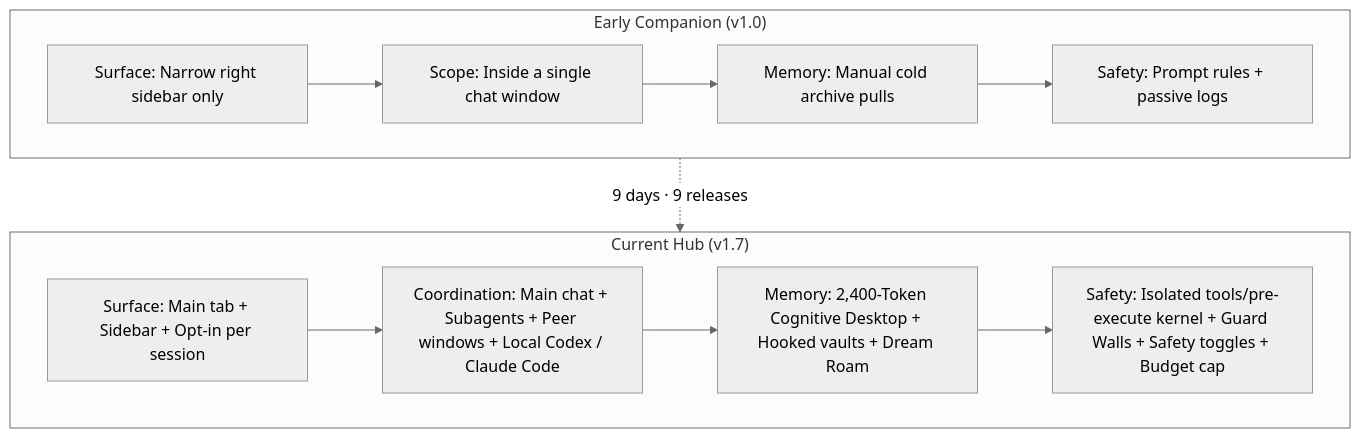
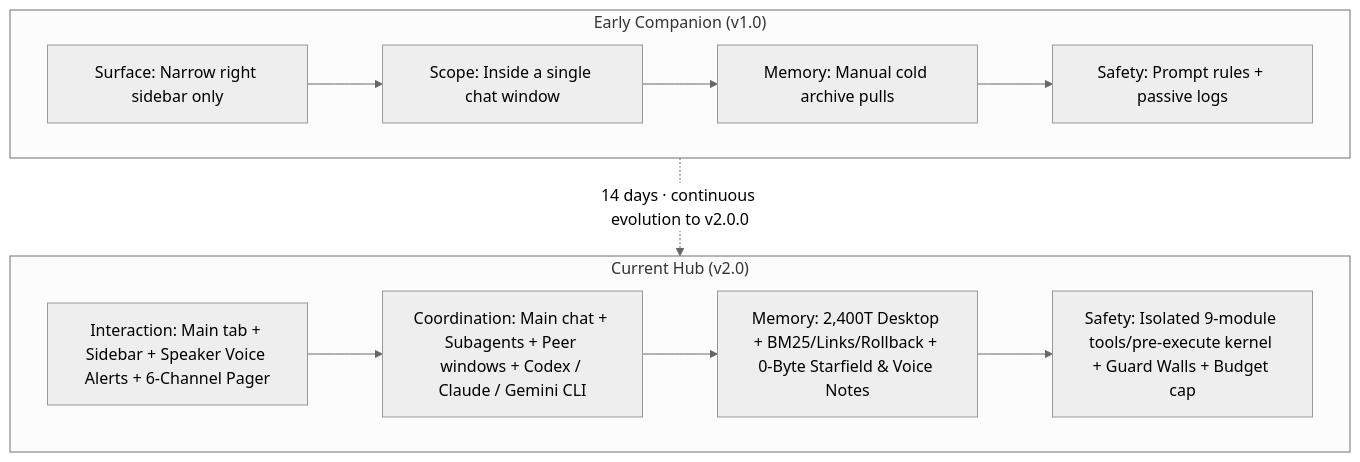
The second of 2 diagrams in EVOLUTION.en.md (gluztm/dsh-chief), drawn with Mermaid (neutral theme) before and after one commit. The commit also changed other lines of this file and 4 other files, not shown here.

Commit message:
docs: refresh README, evolution & architecture for v2.0.0

````diff
--- a/EVOLUTION.en.md
+++ b/EVOLUTION.en.md
@@ -155,20 +191,20 @@
 ```mermaid
 flowchart TB
   subgraph Early["Early Companion (v1.0)"]
     E1["Surface: Narrow right sidebar only"]
     E2["Scope: Inside a single chat window"]
     E3["Memory: Manual cold archive pulls"]
     E4["Safety: Prompt rules + passive logs"]
     E1 --> E2 --> E3 --> E4
   end
 
-  subgraph Current["Current Hub (v1.7)"]
-    C1["Surface: Main tab + Sidebar + Opt-in per session"]
-    C2["Coordination: Main chat + Subagents + Peer windows + Local Codex / Claude Code"]
-    C3["Memory: 2,400-Token Cognitive Desktop + Hooked vaults + Dream Roam"]
-    C4["Safety: Isolated tools/pre-execute kernel + Guard Walls + Safety toggles + Budget cap"]
+  subgraph Current["Current Hub (v2.0)"]
+    C1["Interaction: Main tab + Sidebar + Speaker Voice Alerts + 6-Channel Pager"]
+    C2["Coordination: Main chat + Subagents + Peer windows + Codex / Claude / Gemini CLI"]
+    C3["Memory: 2,400T Desktop + BM25/Links/Rollback + 0-Byte Starfield & Voice Notes"]
+    C4["Safety: Isolated 9-module tools/pre-execute kernel + Guard Walls + Budget cap"]
     C1 --> C2 --> C3 --> C4
   end
 
-  Early -.->|"9 days · 9 releases"| Current
+  Early -.->|"14 days · continuous evolution to v2.0.0"| Current
 ```
````
